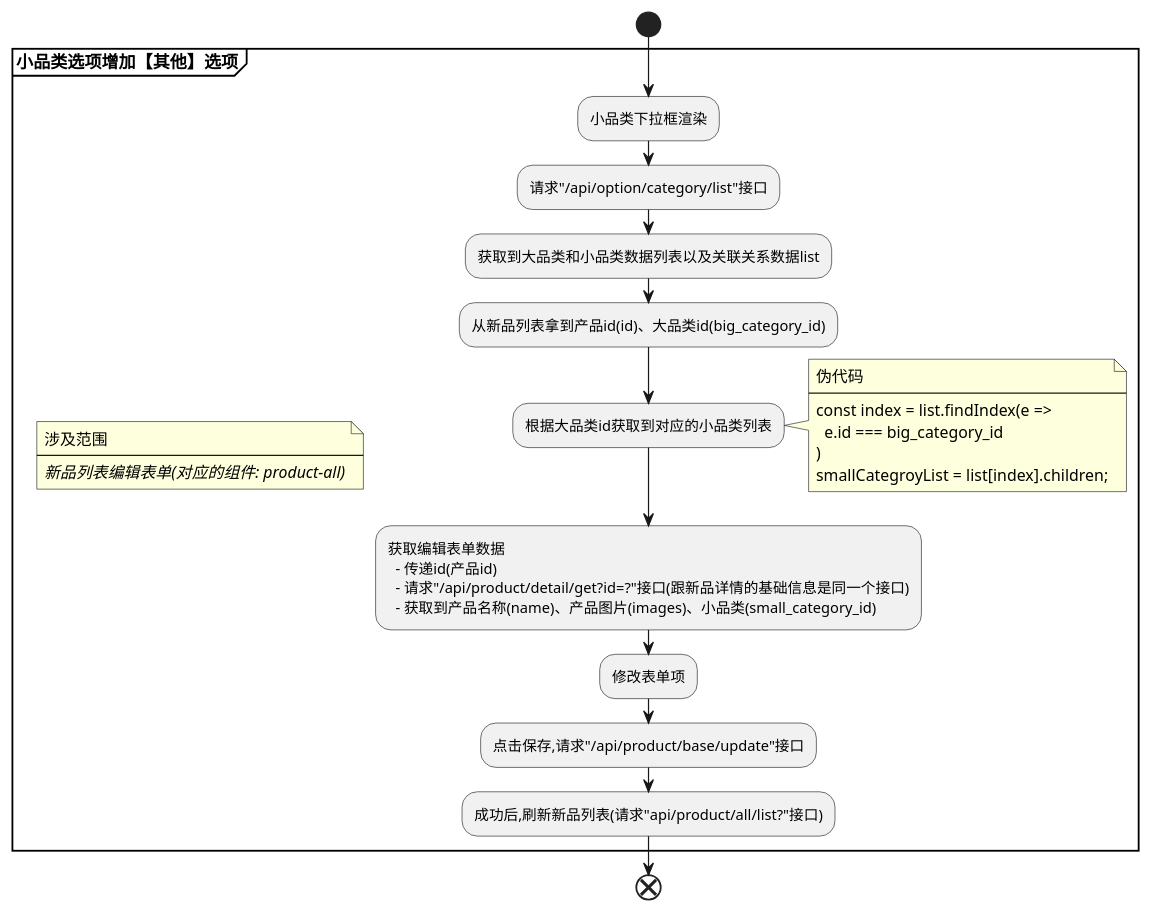
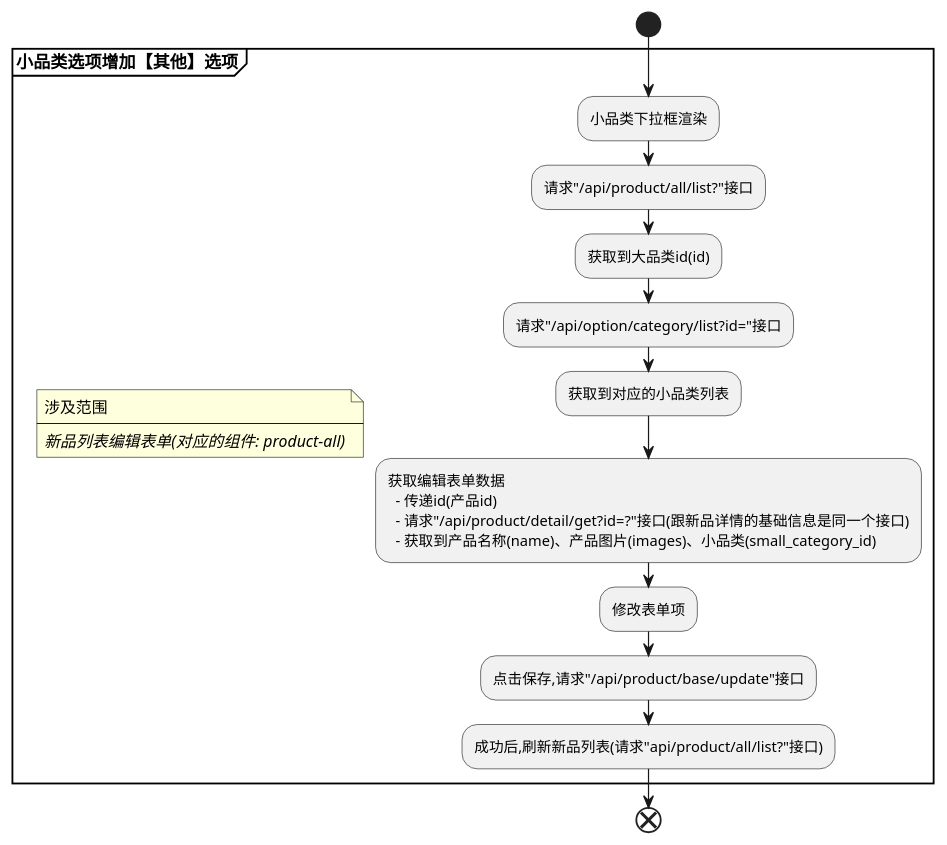
The first of 8 diagrams in docs/diagram/seq-demand.puml (futurekidult/product), drawn with PlantUML before and after one commit. The commit also changed other lines of this file, not shown here.

Commit message:
refactor: update puml

```diff
--- a/docs/diagram/seq-demand.puml
+++ b/docs/diagram/seq-demand.puml
@@ -1,38 +1,23 @@
 @startuml
 start 
 partition "**小品类选项增加【其他】选项**" {
   note
     涉及范围
     ----
     //新品列表编辑表单(对应的组件: product-all)//
   end note
   :小品类下拉框渲染;
-  :请求"/api/option/category/list"接口;
-  :获取到大品类和小品类数据列表以及关联关系数据list;
-  :从新品列表拿到产品id(id)、大品类id(big_category_id);
-  :根据大品类id获取到对应的小品类列表;
-  note right
-    伪代码
-    ----
-    ' 第一种方式
-    ' list.map(item => {
-    '   if(item.id === big_category_id) {
-    '     smallCategroyList = item.children;
-    '   }
-    ' })
-    ' 第二种方式
-    const index = list.findIndex(e => 
-      e.id === big_category_id
-    )
-    smallCategroyList = list[index].children;
-  end note
+  :请求"/api/product/all/list?"接口;
+  :获取到大品类id(id);
+  :请求"/api/option/category/list?id="接口;
+  :获取到对应的小品类列表;
   :获取编辑表单数据
     - 传递id(产品id)
     - 请求"/api/product/detail/get?id=?"接口(跟新品详情的基础信息是同一个接口)
     - 获取到产品名称(name)、产品图片(images)、小品类(small_category_id);
   :修改表单项;
   :点击保存,请求"/api/product/base/update"接口;
   :成功后,刷新新品列表(请求"api/product/all/list?"接口);
 }
 end
 @enduml
```
